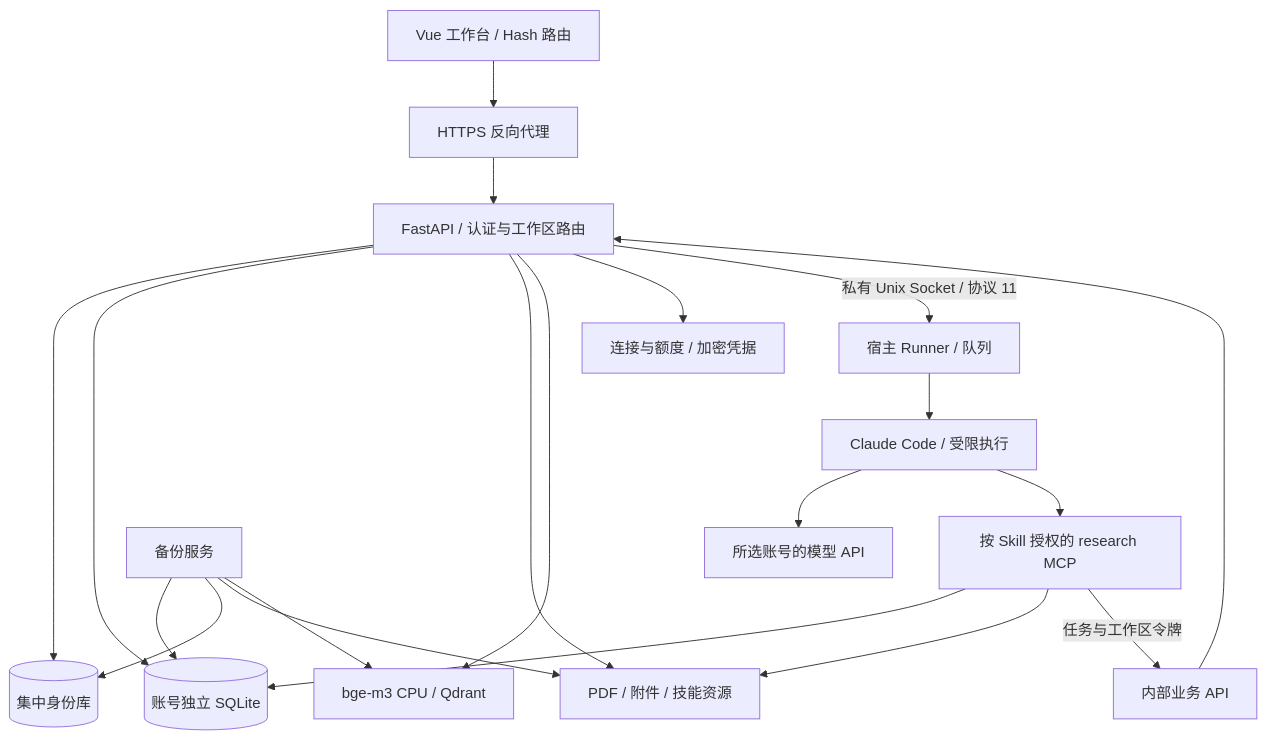
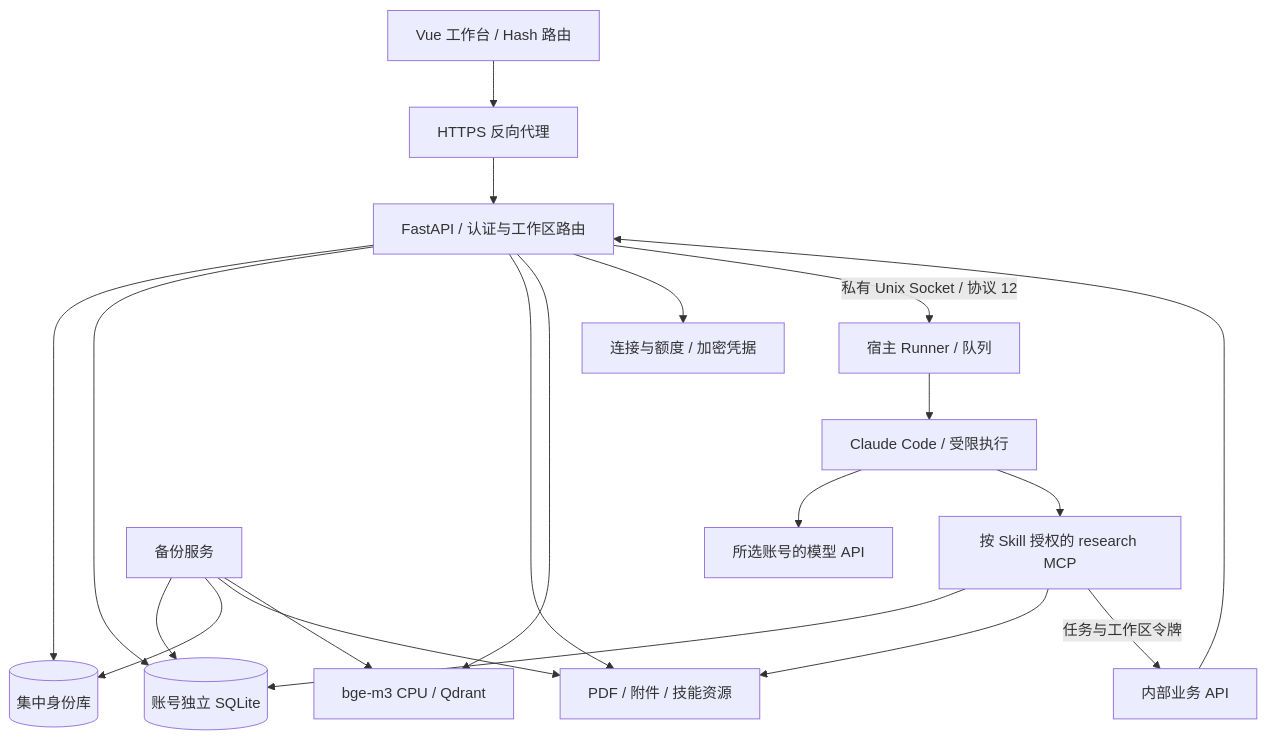
Before and after one commit to FallrainKing/Firework: the first of 2 diagrams in docs/架构.md, drawn with Mermaid. The commit also changed other lines of this file and 75 other files, not shown here.

````diff
--- a/docs/架构.md
+++ b/docs/架构.md
@@ -18,22 +18,22 @@
 ```mermaid
 flowchart TD
     Browser[Vue 工作台 / Hash 路由] --> HTTPS[HTTPS 反向代理]
     HTTPS --> API[FastAPI / 认证与工作区路由]
     API --> Identity[(集中身份库)]
     API --> DB[(账号独立 SQLite)]
     API --> Files[PDF / 附件 / 技能资源]
     API --> RAG[bge-m3 CPU / Qdrant]
     API --> Config[连接与额度 / 加密凭据]
-    API -->|私有 Unix Socket / 协议 11| Runner[宿主 Runner / 队列]
+    API -->|私有 Unix Socket / 协议 12| Runner[宿主 Runner / 队列]
     Runner --> CLI[Claude Code / 受限执行]
     CLI --> Provider[所选账号的模型 API]
     CLI --> MCP[按 Skill 授权的 research MCP]
     MCP --> DB
     MCP --> Files
     MCP -->|任务与工作区令牌| Internal[内部业务 API]
     Internal --> API
     Backup[备份服务] --> DB
     Backup --> Identity
     Backup --> Files
     Backup --> RAG
 ```
````
